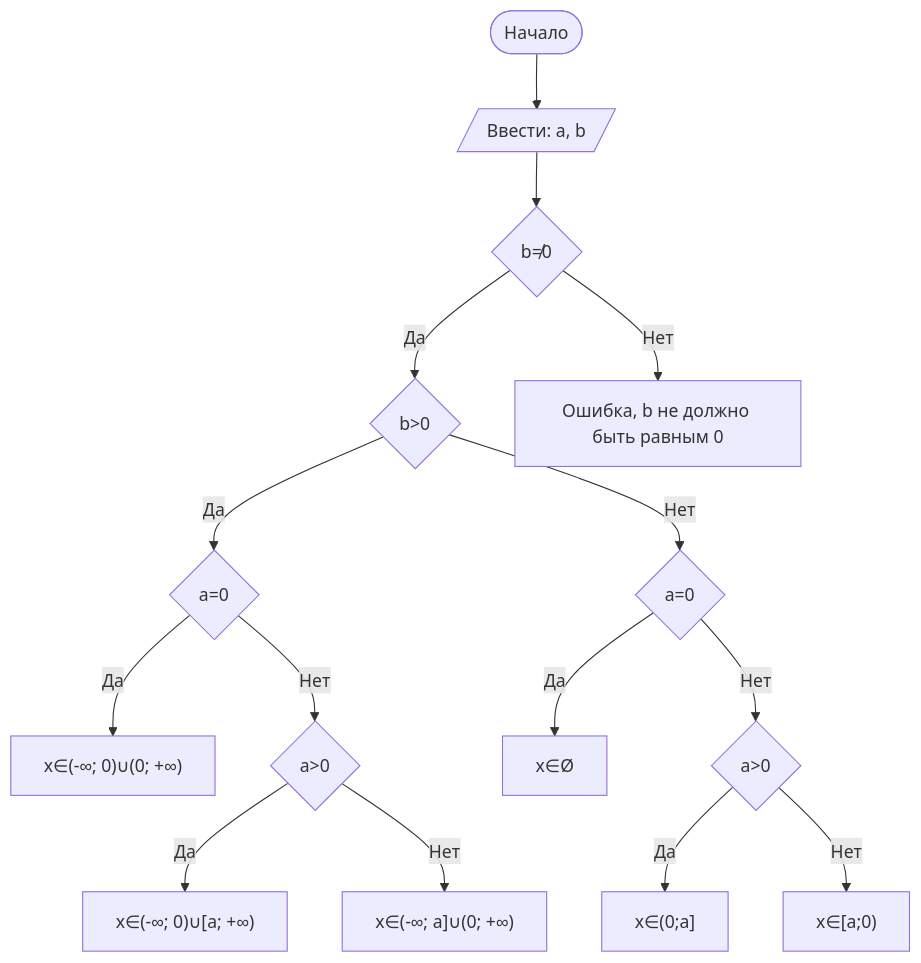
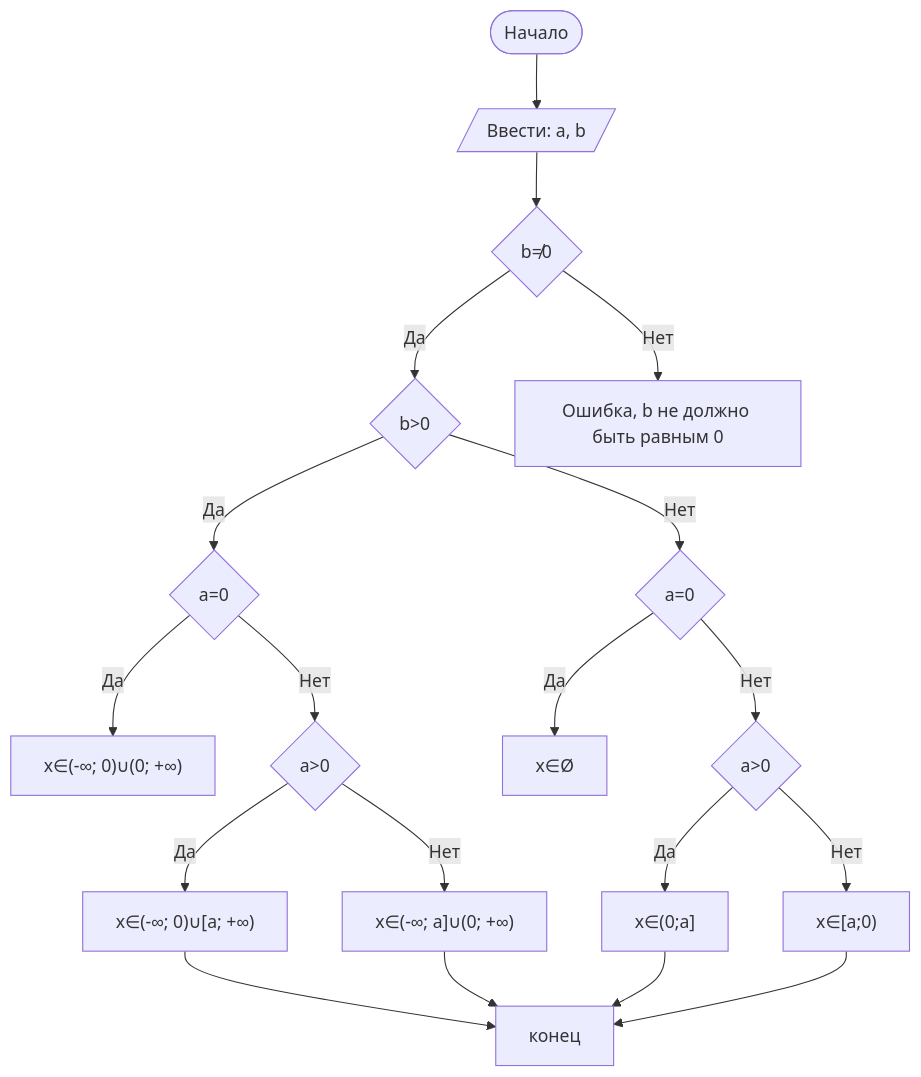
Before and after one commit to Elizavetabutko/lab1: the diagram in README.md, drawn with Mermaid.

Commit message:
README.md

````diff
--- a/README.md
+++ b/README.md
@@ -78,18 +78,22 @@
 ```mermaid
 graph TD
     A([Начало]) --> B[/Ввести: a, b/]
     B --> C{b≠0}
     C -- Да --> D{b>0}
     C -- Нет --> E[Ошибка, b не должно быть равным 0]
     D -- Да --> F{a=0}
     D -- Нет --> G{a=0}
     F -- Да --> H["x∈(-∞; 0)∪(0; +∞)"]
     F -- Нет --> I{a>0}
     I -- Да --> L["x∈(-∞; 0)∪[a; +∞)"]
     I -- Нет --> M["x∈(-∞; a]∪(0; +∞)"]
     G -- Да --> J["x∈Ø"]
     G -- Нет --> K{a>0}
     K -- Да --> N["x∈(0;a]"]
     K -- Нет --> O["x∈[a;0)"]
+    L --> Z[конец]
+    M --> Z[конец]
+    N --> Z[конец]
+    O --> Z[конец]
 
 ```
````
